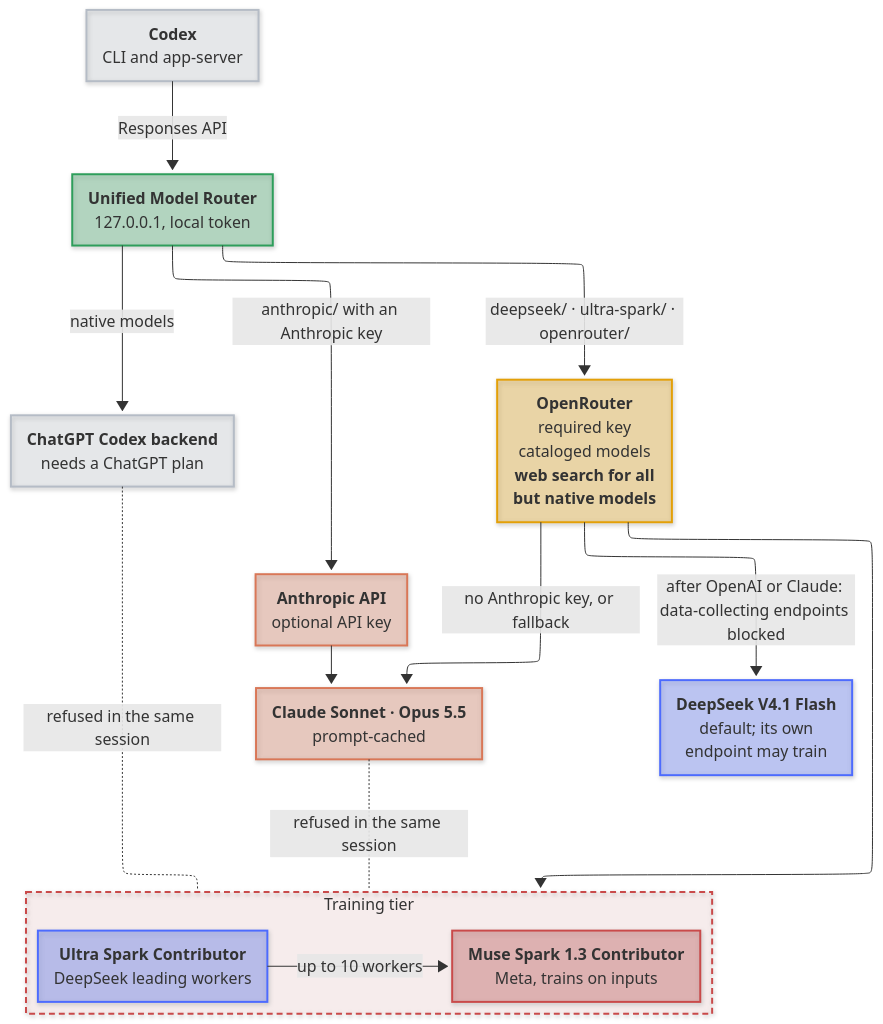
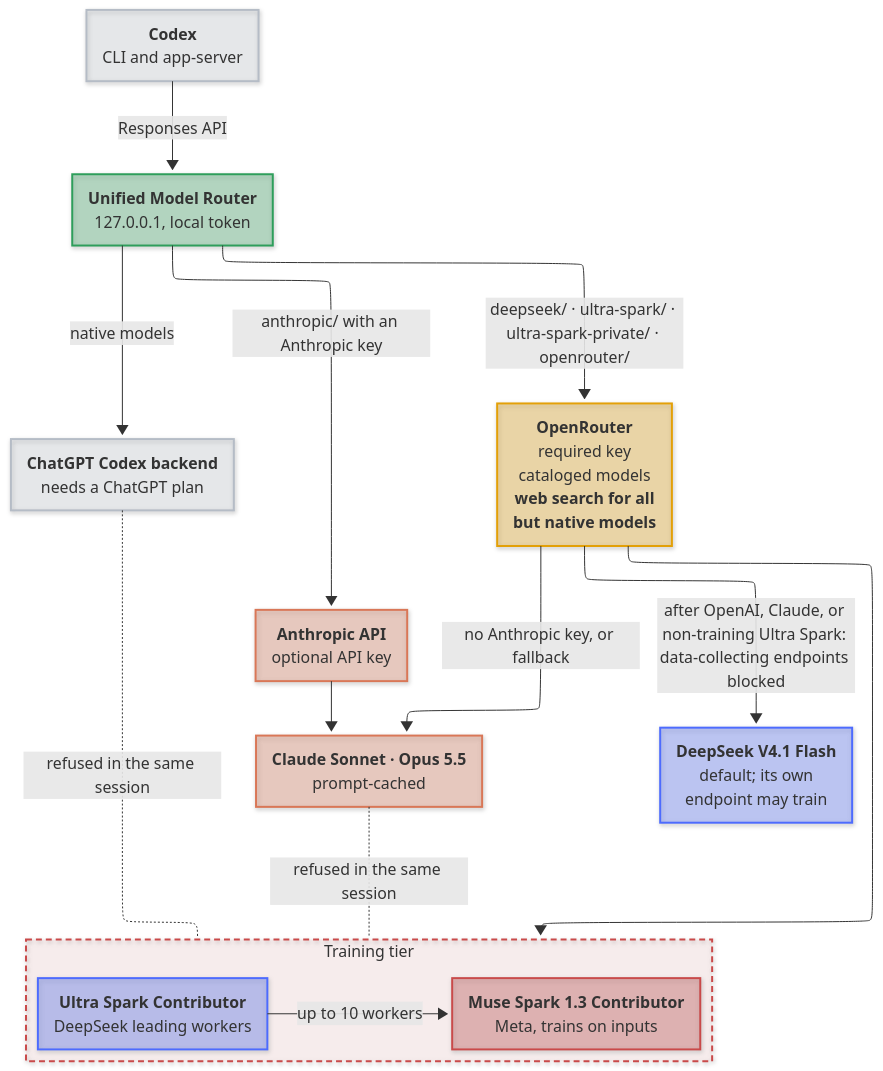
The diagram in README.md (mirzahusadzic/unified-model-router), drawn with Mermaid before and after one commit. The commit also changed other lines of this file and 4 other files, not shown here.

First line of the commit message:
docs: name non-training Ultra Spark where the protected side is summed

```diff
--- a/README.md
+++ b/README.md
@@ -97,10 +97,10 @@
     CX -->|"Responses API"| RT
     RT -->|"native models"| OA
     RT -->|"anthropic/ with an Anthropic key"| AN
-    RT -->|"deepseek/ · ultra-spark/ · openrouter/"| OR
+    RT -->|"deepseek/ · ultra-spark/ · ultra-spark-private/ · openrouter/"| OR
     AN --> CL
     OR -->|"no Anthropic key, or fallback"| CL
-    OR -->|"after OpenAI or Claude: data-collecting endpoints blocked"| DS
+    OR -->|"after OpenAI, Claude, or non-training Ultra Spark: data-collecting endpoints blocked"| DS
     OR --> TT
     US -->|"up to 10 workers"| MU
     OA -.-|"refused in the same session"| TT
```
